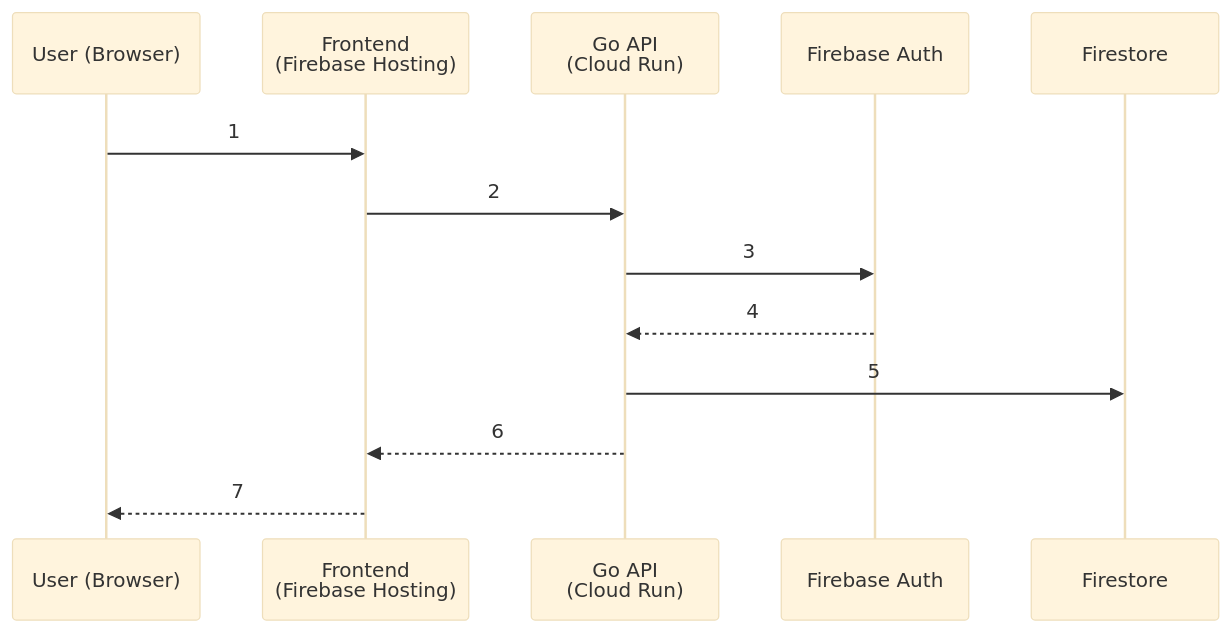
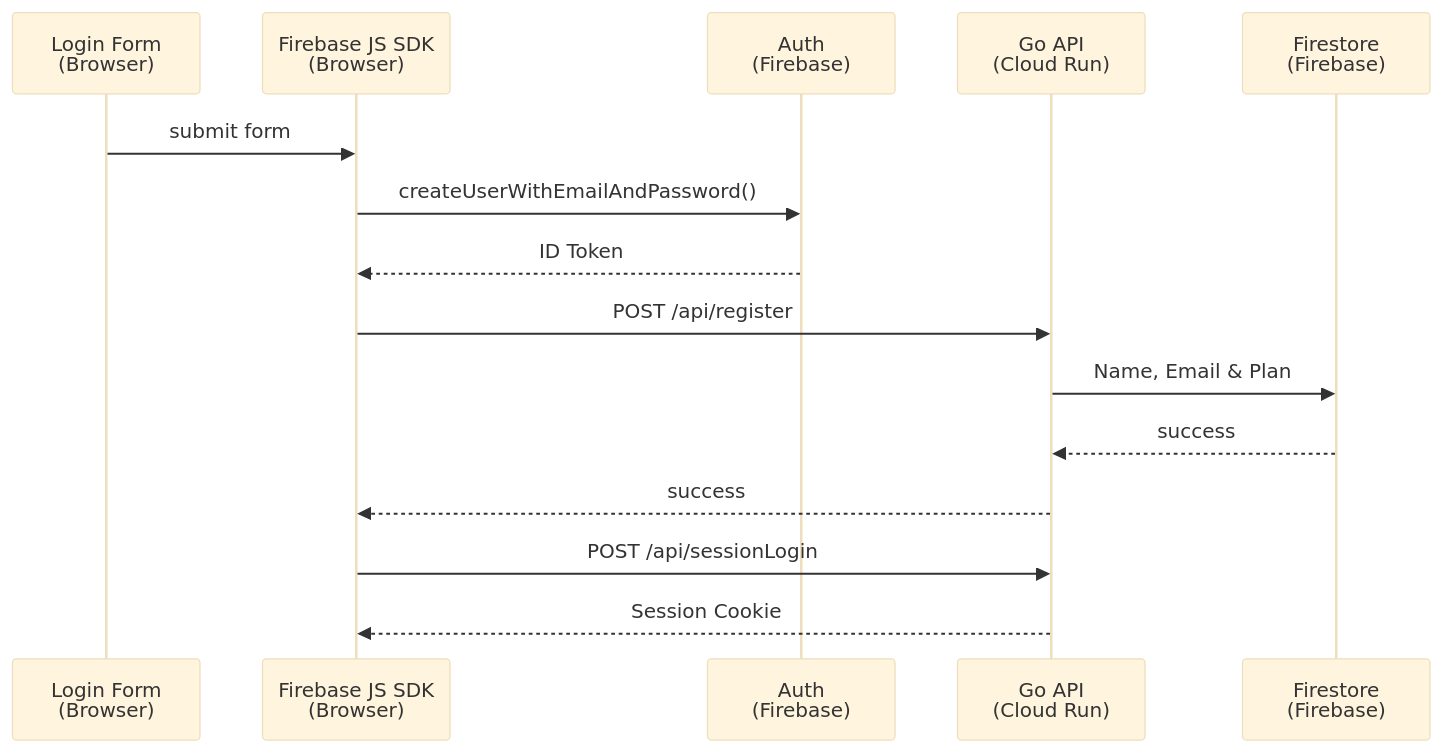
One commit to cheomanigua/bwadocs changed the second of 4 diagrams in content/docs/authentication.md. Above: the diagram before and after it, drawn with Mermaid (base theme). The commit also changed other lines of this file and 3 other files, not shown here.

````diff
--- a/content/docs/authentication.md
+++ b/content/docs/authentication.md
@@ -91,16 +114,18 @@
 ```mermaid
 sequenceDiagram
-    participant User as User (Browser)
-    participant Frontend as Frontend<br/>(Firebase Hosting)
-    participant GoAPI as Go API<br/>(Cloud Run)
-    participant Auth as Firebase Auth
-    participant FS as Firestore
+    participant form as Login Form<br/>(Browser)
+    participant js as Firebase JS SDK<br/>(Browser)
+    participant auth as Auth<br/>(Firebase)
+    participant go as Go API<br/>(Cloud Run)
+    participant db as Firestore<br/>(Firebase)
 
-    User->>Frontend: 1
-    Frontend->>GoAPI: 2
-    GoAPI->>Auth: 3
-    Auth-->>GoAPI: 4
-    GoAPI->>FS: 5
-    GoAPI-->>Frontend: 6
-    Frontend-->>User: 7
+    form->>js: submit form
+    js->>auth: createUserWithEmailAndPassword()
+    auth-->>js: ID Token
+    js->>go: POST /api/register
+    go->>db: Name, Email & Plan
+    db-->>go: success
+    go-->>js: success
+    js->>go: POST /api/sessionLogin
+    go-->>js: Session Cookie
 ```
````
